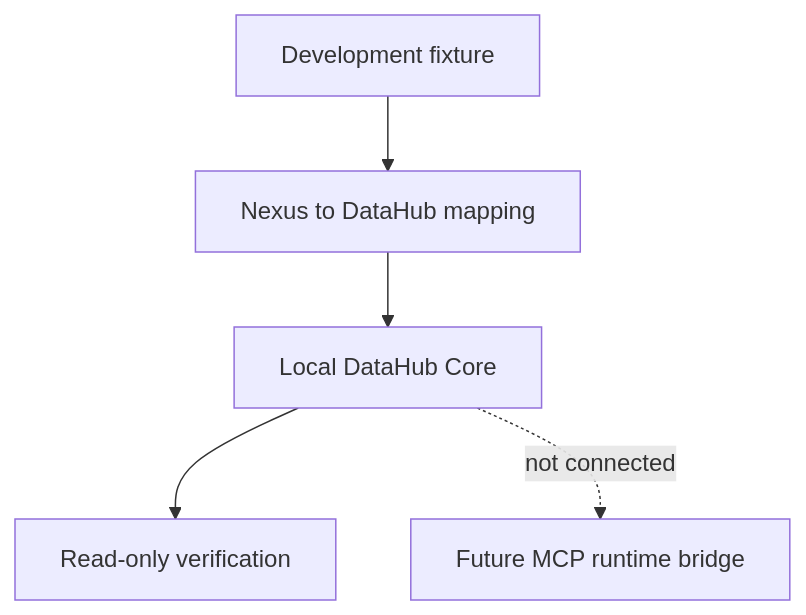
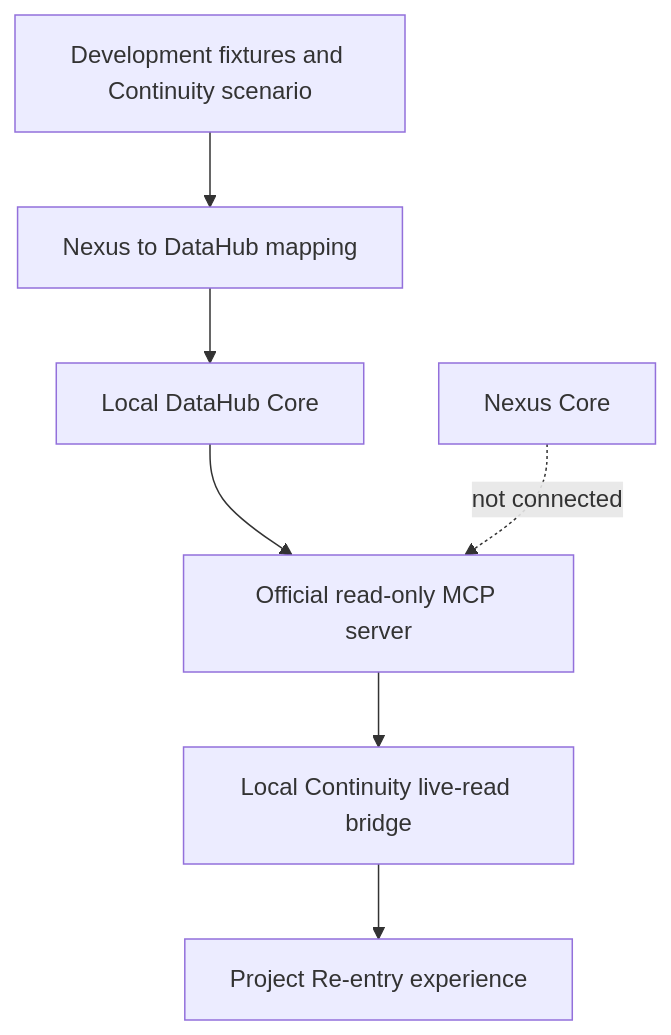
One commit to cyrilla-mist/nexus-ai changed the diagram in docs/Nexus-DataHub-Integration.md. Above: the diagram before and after it, drawn with Mermaid. The commit also changed other lines of this file and 4 other files, not shown here.

Commit message:
fix: align continuity reader with datahub mcp payload

````diff
--- a/docs/Nexus-DataHub-Integration.md
+++ b/docs/Nexus-DataHub-Integration.md
@@ -17,13 +17,17 @@
 ```mermaid
 flowchart TD
-  Fixture[Development fixture]
+  Fixture[Development fixtures and Continuity scenario]
   Mapping[Nexus to DataHub mapping]
   DataHub[Local DataHub Core]
-  Verify[Read-only verification]
-  Future[Future MCP runtime bridge]
+  MCP[Official read-only MCP server]
+  Bridge[Local Continuity live-read bridge]
+  Reentry[Project Re-entry experience]
+  Core[Nexus Core]
 
   Fixture --> Mapping
   Mapping --> DataHub
-  DataHub --> Verify
-  DataHub -. not connected .-> Future
+  DataHub --> MCP
+  MCP --> Bridge
+  Bridge --> Reentry
+  Core -. not connected .-> MCP
 ```
````
